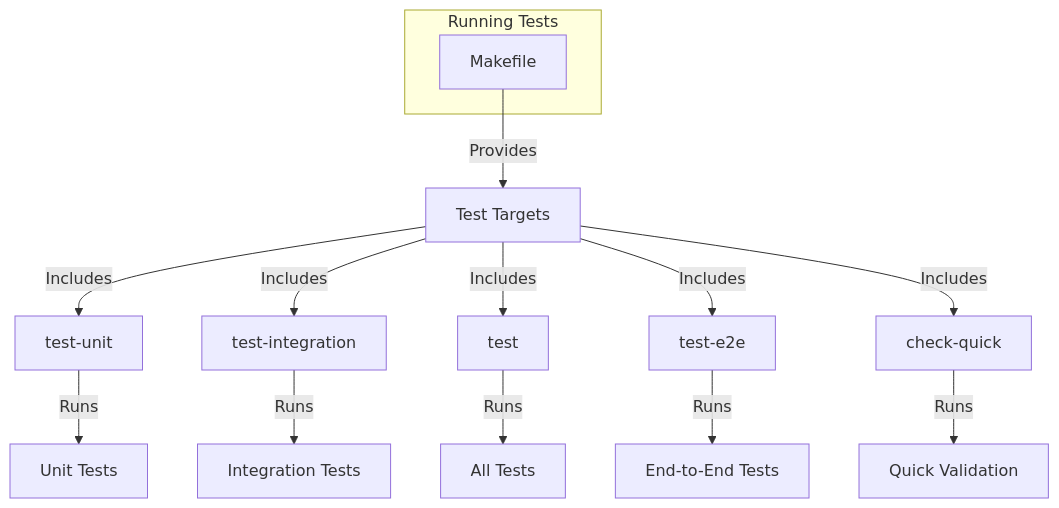
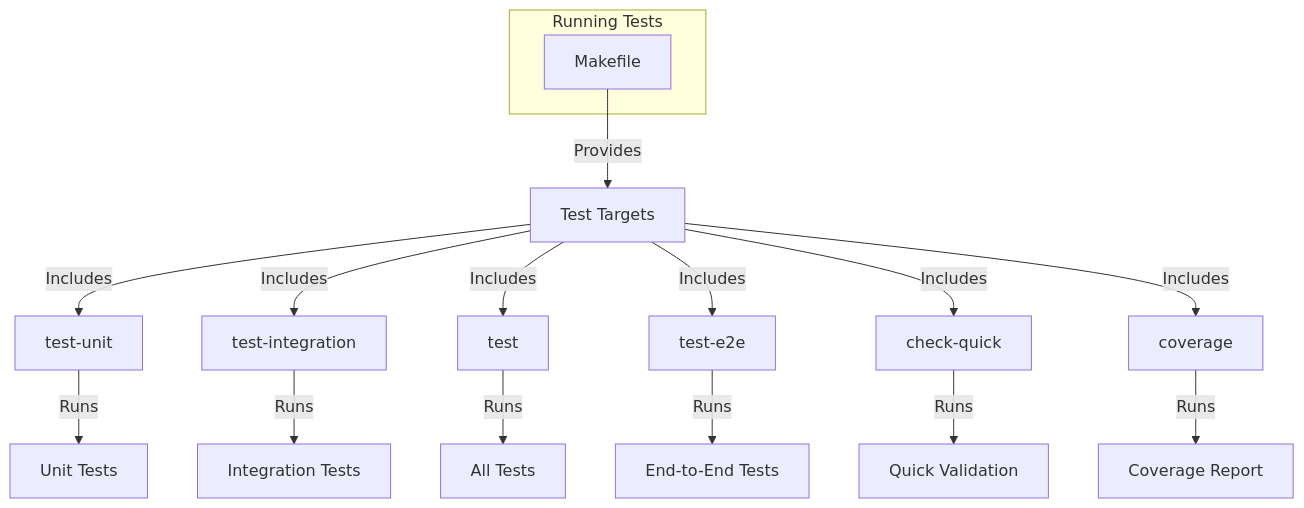
One commit to CedarVerse/vandamme-proxy changed the fourth of 5 diagrams in .qoder/repowiki/en/content/Testing Strategy/Testing Strategy.md. Above: the diagram before and after it, drawn with Mermaid. The commit also changed other lines of this file and 9 other files, not shown here.

````diff
--- a/.qoder/repowiki/en/content/Testing Strategy/Testing Strategy.md
+++ b/.qoder/repowiki/en/content/Testing Strategy/Testing Strategy.md
@@ -250,17 +324,19 @@
 ```mermaid
 graph TD
 subgraph "Running Tests"
 Makefile[Makefile]
 end
 Makefile --> |Provides| TestTargets["Test Targets"]
 TestTargets --> |Includes| TestUnit["test-unit"]
 TestTargets --> |Includes| TestIntegration["test-integration"]
 TestTargets --> |Includes| TestAll["test"]
 TestTargets --> |Includes| TestE2E["test-e2e"]
 TestTargets --> |Includes| CheckQuick["check-quick"]
+TestTargets --> |Includes| Coverage["coverage"]
 TestUnit --> |Runs| UnitTests["Unit Tests"]
 TestIntegration --> |Runs| IntegrationTests["Integration Tests"]
 TestAll --> |Runs| AllTests["All Tests"]
 TestE2E --> |Runs| EndToEndTests["End-to-End Tests"]
 CheckQuick --> |Runs| QuickValidation["Quick Validation"]
+Coverage --> |Runs| CoverageReport["Coverage Report"]
 ```
````
